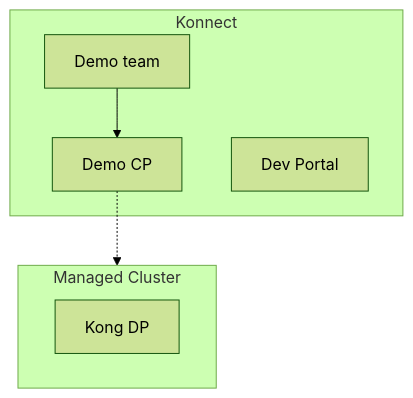
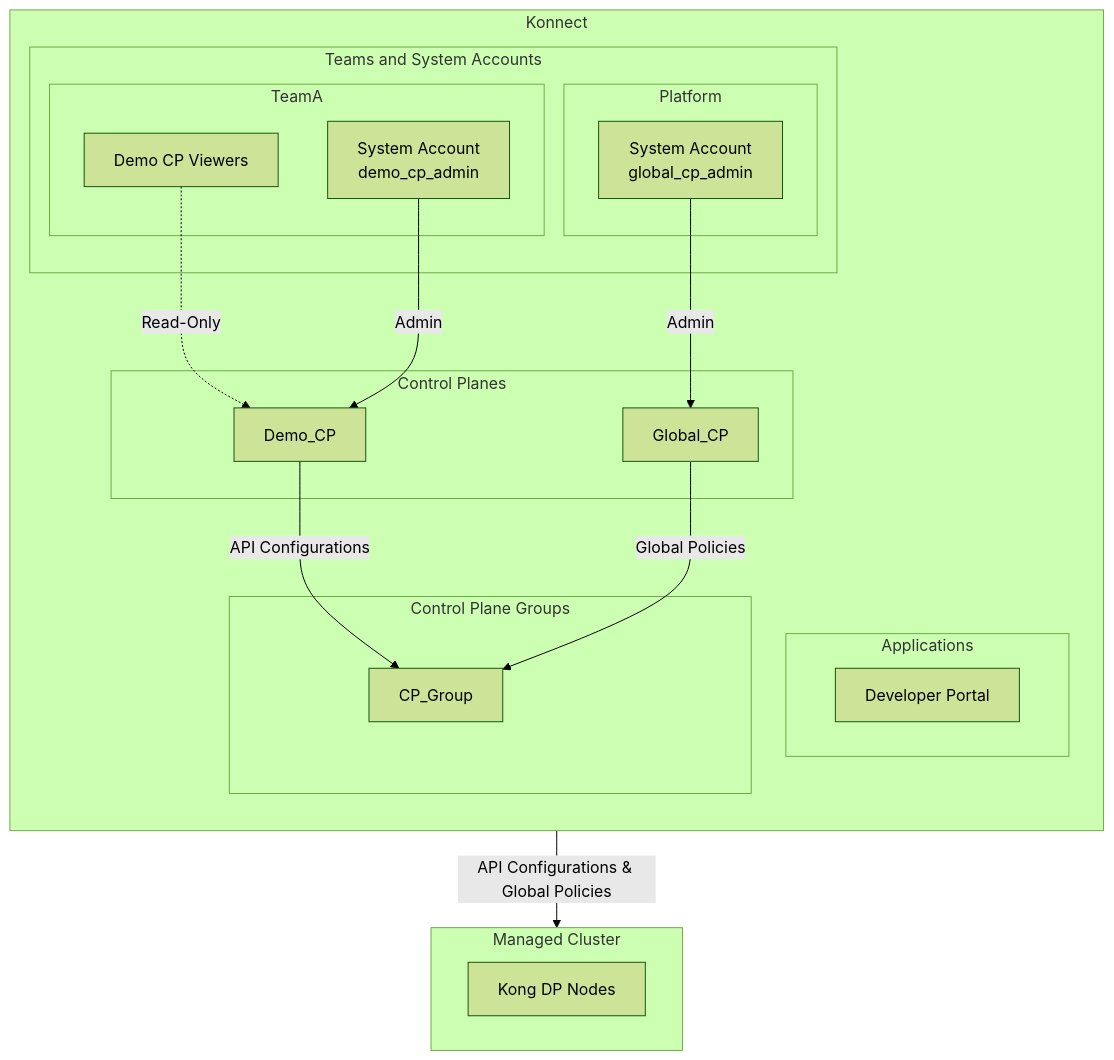
The third of 8 diagrams in README.md (pantsel/konnect-platform-ops-demo), drawn with Mermaid (forest theme) before and after one commit. The commit also changed other lines of this file, not shown here.

````diff
--- a/README.md
+++ b/README.md
@@ -162,17 +162,44 @@
 ```mermaid
 graph TD;
   subgraph Konnect
-      A[Demo team]
-      B[Demo CP]
-      C[Dev Portal]
+        direction TB; 
+        subgraph Applications
+            J[Developer Portal]
+        end
+
+        subgraph Teams and System Accounts
+            subgraph TeamA
+                A[Demo CP Viewers]
+                B[System Account<br>demo_cp_admin]
+            end
+            subgraph Platform
+                C[System Account<br>global_cp_admin]
+            end
+        end
+
+        subgraph Control Planes
+            D[Demo_CP]
+            E[Global_CP]
+        end
+
+        subgraph Control Plane Groups
+            F[CP_Group]
+        end
     end
 
     subgraph Managed Cluster
       direction RL
-        D[Kong DP]
+        P[Kong DP Nodes]
     end
+    
+  
+    A -.-> |Read-Only| D
+    B --> |Admin| D
 
-    A --> B
-    B -.-> D
+    C --> |Admin| E
 
+    D --> |API Configurations| F 
+    E --> |Global Policies| F
+
+    F --> |API Configurations & Global Policies| P
 ```
````
